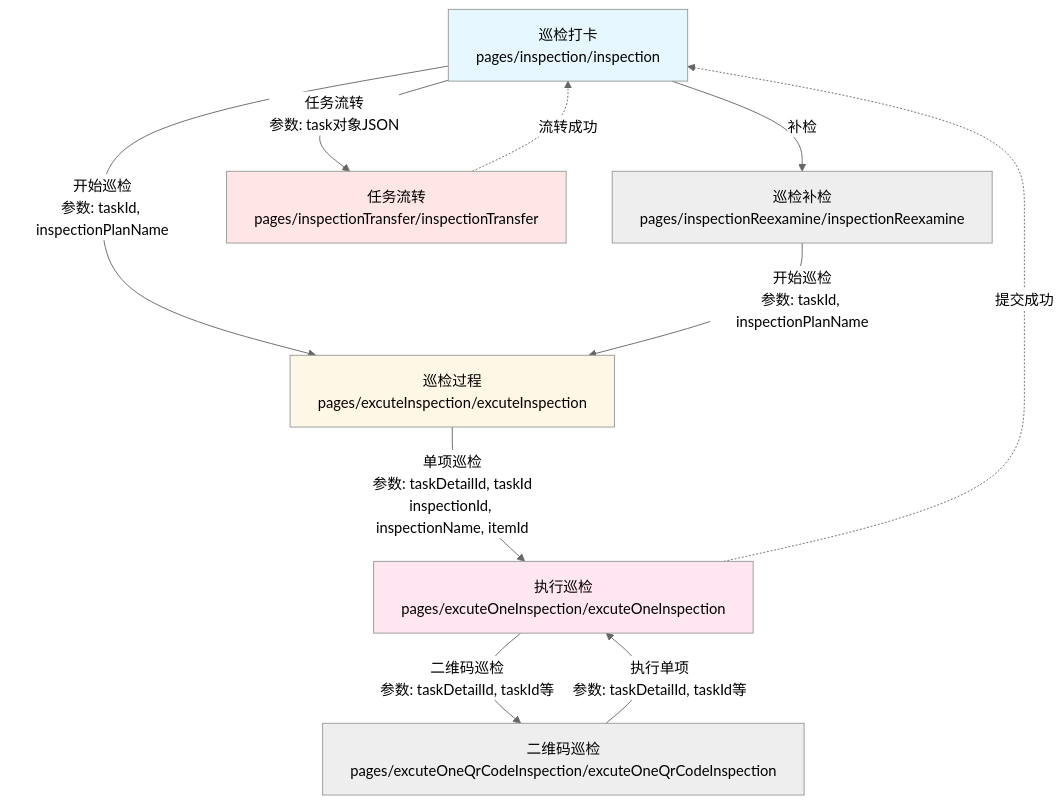
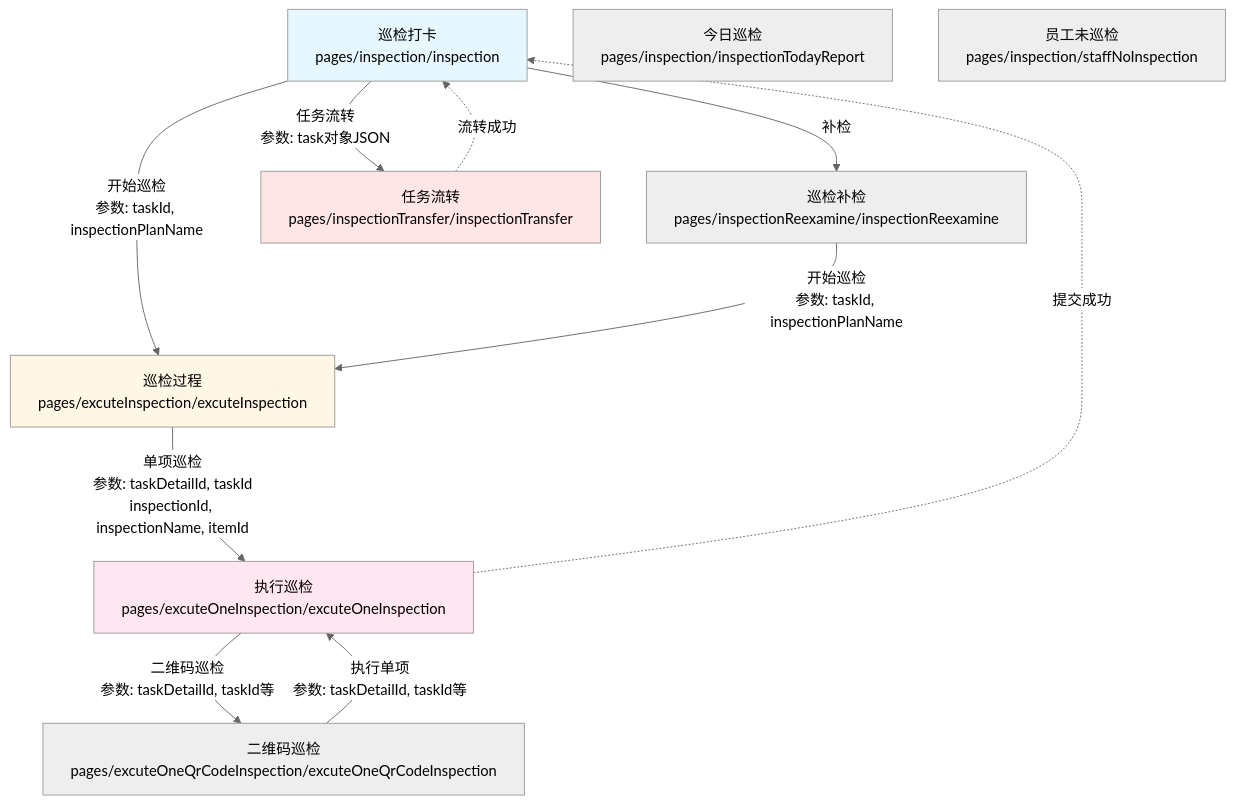
Before and after one commit to nwt-q/001-Smart-Community: the fourth of 19 diagrams in .github/reports/vue2-route-navigation-map.md, drawn with Mermaid (neutral theme). The commit also changed other lines of this file, not shown here.

Commit message:
🐳 chore(root): 重新制作路由关系图标；

````diff
--- a/.github/reports/vue2-route-navigation-map.md
+++ b/.github/reports/vue2-route-navigation-map.md
@@ -160,37 +203,39 @@
 ```mermaid
 graph TB
     %% 巡检管理主要页面
     Inspection["巡检打卡<br/>pages/inspection/inspection"]
+    InspectionTodayReport["今日巡检<br/>pages/inspection/inspectionTodayReport"]
+    StaffNoInspection["员工未巡检<br/>pages/inspection/staffNoInspection"]
     ExcuteInspection["巡检过程<br/>pages/excuteInspection/excuteInspection"]
     ExcuteOne["执行巡检<br/>pages/excuteOneInspection/excuteOneInspection"]
     QrCodeInspection["二维码巡检<br/>pages/excuteOneQrCodeInspection/excuteOneQrCodeInspection"]
     InspectionReexamine["巡检补检<br/>pages/inspectionReexamine/inspectionReexamine"]
     InspectionTransfer["任务流转<br/>pages/inspectionTransfer/inspectionTransfer"]
 
     %% 巡检打卡的跳转
     Inspection -->|开始巡检<br/>参数: taskId, inspectionPlanName| ExcuteInspection
     Inspection -->|任务流转<br/>参数: task对象JSON| InspectionTransfer
     Inspection -->|补检| InspectionReexamine
 
     %% 巡检过程的跳转
     ExcuteInspection -->|单项巡检<br/>参数: taskDetailId, taskId<br/>inspectionId, inspectionName, itemId| ExcuteOne
 
     %% 执行巡检的跳转
     ExcuteOne -.->|提交成功| Inspection
     ExcuteOne -->|二维码巡检<br/>参数: taskDetailId, taskId等| QrCodeInspection
 
     %% 二维码巡检的跳转
     QrCodeInspection -->|执行单项<br/>参数: taskDetailId, taskId等| ExcuteOne
 
     %% 巡检补检的跳转
     InspectionReexamine -->|开始巡检<br/>参数: taskId, inspectionPlanName| ExcuteInspection
 
     %% 任务流转的跳转
     InspectionTransfer -.->|流转成功| Inspection
 
     %% 样式
     style Inspection fill:#e6f7ff
     style ExcuteInspection fill:#fff7e6
     style ExcuteOne fill:#ffe6f0
     style InspectionTransfer fill:#ffe6e6
 ```
````
